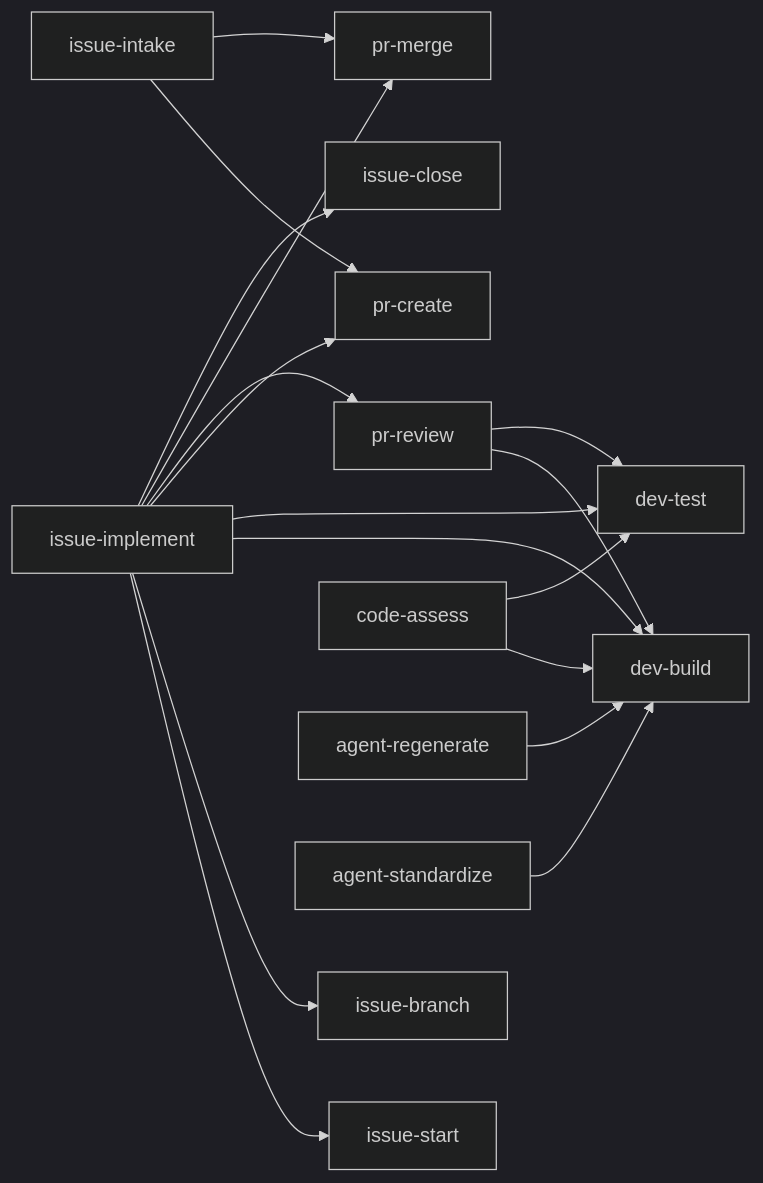
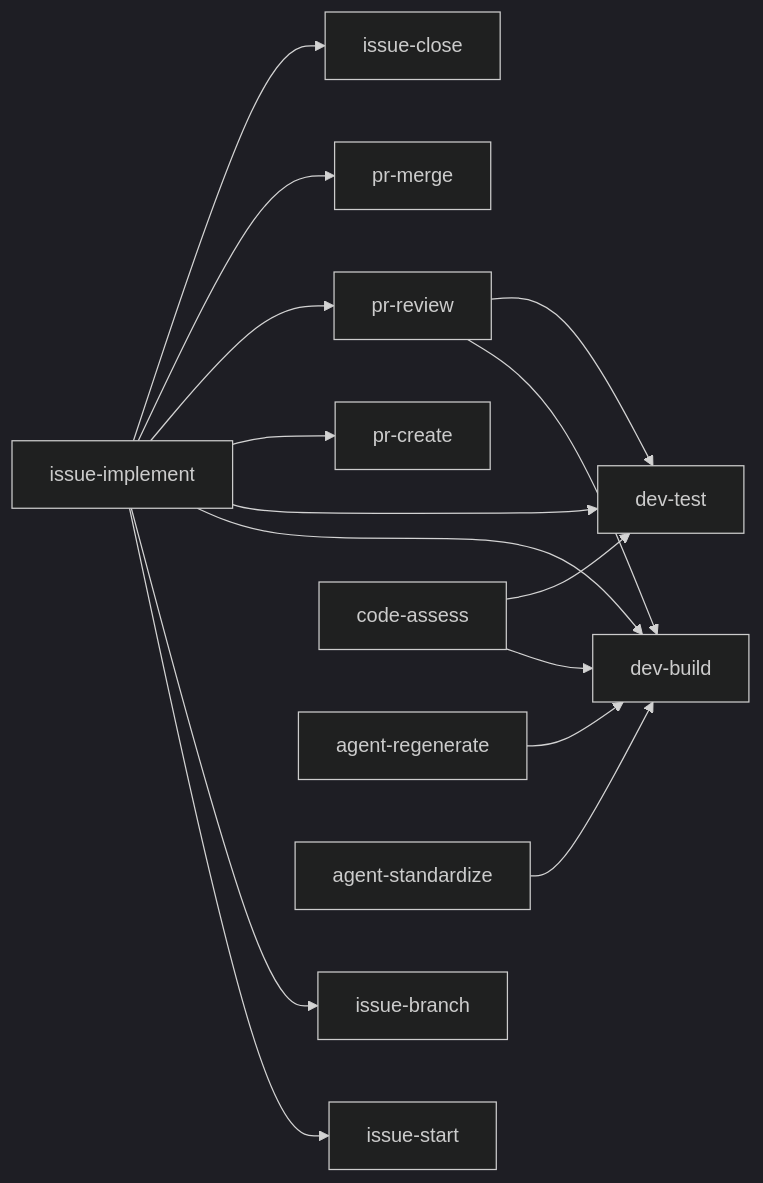
The second of 2 diagrams in docs/claude-ecosystem/network-diagram.md (ashitaka-emishi/lob-online), drawn with Mermaid (dark theme) before and after one commit. The commit also changed other lines of this file and 33 other files, not shown here.

First line of the commit message:
feat(#67): simplify issue-intake — remove artifact commit and branch lifecycle (#69)

````diff
--- a/docs/claude-ecosystem/network-diagram.md
+++ b/docs/claude-ecosystem/network-diagram.md
@@ -71,23 +69,20 @@
 ```mermaid
 graph LR
   issue-implement --> issue-start
   issue-implement --> issue-branch
   issue-implement --> dev-build
   issue-implement --> dev-test
   issue-implement --> pr-create
   issue-implement --> pr-review
   issue-implement --> pr-merge
   issue-implement --> issue-close
 
-  issue-intake --> pr-create
-  issue-intake --> pr-merge
-
   pr-review --> dev-build
   pr-review --> dev-test
 
   code-assess --> dev-build
   code-assess --> dev-test
 
   agent-regenerate --> dev-build
   agent-standardize --> dev-build
 ```
````
